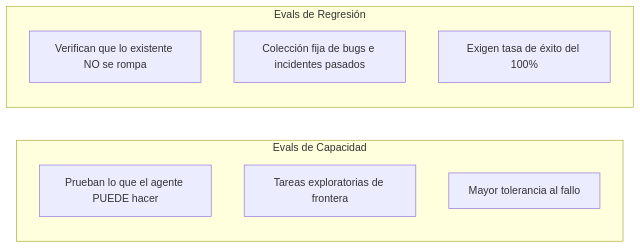
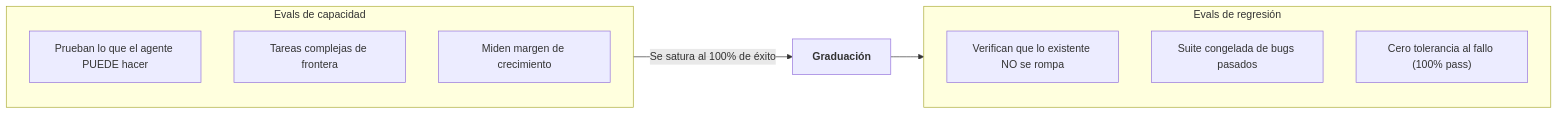
Before and after one commit to marcosdh1987/harness-engineering-guide: the third of 3 diagrams in docs/es/evaluation/what-is-an-eval.md, drawn with Mermaid. The commit also changed other lines of this file and 120 other files, not shown here.

````diff
--- a/docs/es/evaluation/what-is-an-eval.md
+++ b/docs/es/evaluation/what-is-an-eval.md
@@ -99,14 +99,17 @@
 ```mermaid
 flowchart LR
-    subgraph CAP["Evals de Capacidad"]
+    subgraph CAP["Evals de capacidad"]
         C1["Prueban lo que el agente PUEDE hacer"]
-        C2["Tareas exploratorias de frontera"]
-        C3["Mayor tolerancia al fallo"]
+        C2["Tareas complejas de frontera"]
+        C3["Miden margen de crecimiento"]
     end
 
-    subgraph REG["Evals de Regresión"]
+    subgraph REG["Evals de regresión"]
         R1["Verifican que lo existente NO se rompa"]
-        R2["Colección fija de bugs e incidentes pasados"]
-        R3["Exigen tasa de éxito del 100%"]
+        R2["Suite congelada de bugs pasados"]
+        R3["Cero tolerancia al fallo (100% pass)"]
     end
+
+    CAP -->|"Se satura al 100% de éxito"| GRAD["<b>Graduación</b>"]
+    GRAD --> REG
 ```
````
